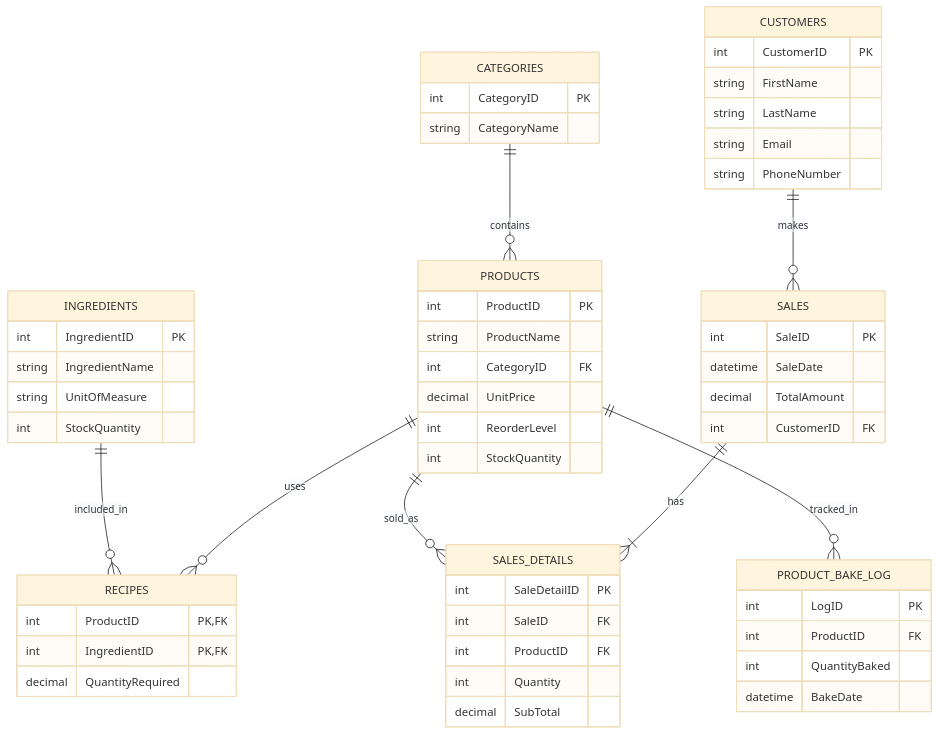
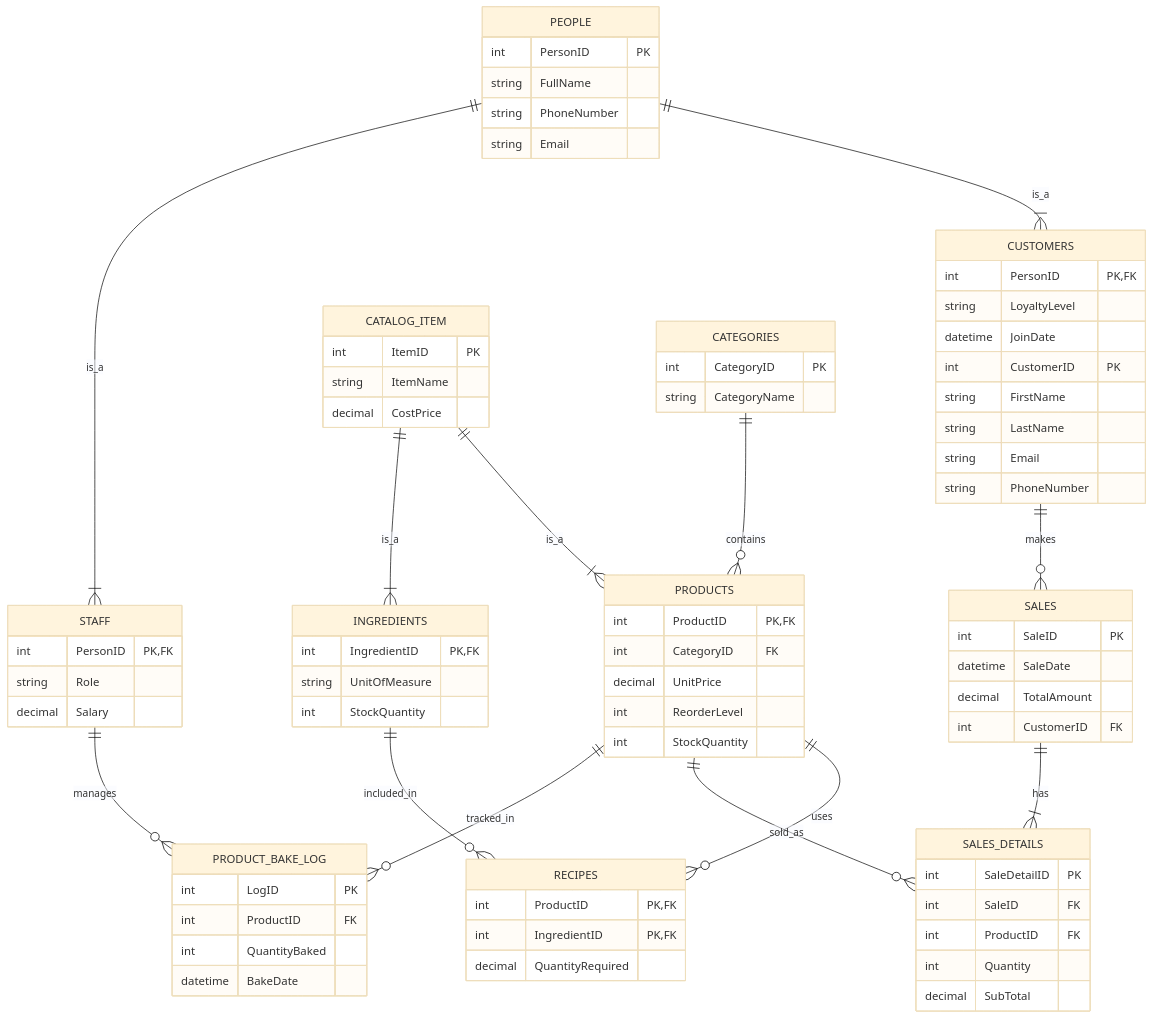
Before and after one commit to nvppiyumika/ADBMS_Project: the diagram in wasana-bakers/database/eer_diagram.md, drawn with Mermaid (base theme). The commit also changed other lines of this file, not shown here.

Commit message:
eer check

````diff
--- a/wasana-bakers/database/eer_diagram.md
+++ b/wasana-bakers/database/eer_diagram.md
@@ -5,5 +5,13 @@
 ```mermaid
 erDiagram
+    %% Generalization/Specialization for People
+    PEOPLE ||--|{ CUSTOMERS : "is_a"
+    PEOPLE ||--|{ STAFF : "is_a"
+
+    %% Generalization/Specialization for Items
+    CATALOG_ITEM ||--|{ PRODUCTS : "is_a"
+    CATALOG_ITEM ||--|{ INGREDIENTS : "is_a"
+
     CATEGORIES ||--o{ PRODUCTS : "contains"
     PRODUCTS ||--o{ RECIPES : "uses"
     INGREDIENTS ||--o{ RECIPES : "included_in"
@@ -11,6 +19,32 @@
     SALES ||--|{ SALES_DETAILS : "has"
     PRODUCTS ||--o{ SALES_DETAILS : "sold_as"
     PRODUCTS ||--o{ PRODUCT_BAKE_LOG : "tracked_in"
+    STAFF ||--o{ PRODUCT_BAKE_LOG : "manages"
+
+    PEOPLE {
+        int PersonID PK
+        string FullName
+        string PhoneNumber
+        string Email
+    }
+
+    CUSTOMERS {
+        int PersonID PK, FK
+        string LoyaltyLevel
+        datetime JoinDate
+    }
+
+    STAFF {
+        int PersonID PK, FK
+        string Role
+        decimal Salary
+    }
+
+    CATALOG_ITEM {
+        int ItemID PK
+        string ItemName
+        decimal CostPrice
+    }
 
     CATEGORIES {
         int CategoryID PK
@@ -18,8 +52,7 @@
     }
 
     PRODUCTS {
-        int ProductID PK
-        string ProductName
+        int ProductID PK, FK
         int CategoryID FK
         decimal UnitPrice
         int ReorderLevel
@@ -27,8 +60,7 @@
     }
 
     INGREDIENTS {
-        int IngredientID PK
-        string IngredientName
+        int IngredientID PK, FK
         string UnitOfMeasure
         int StockQuantity
     }
````
